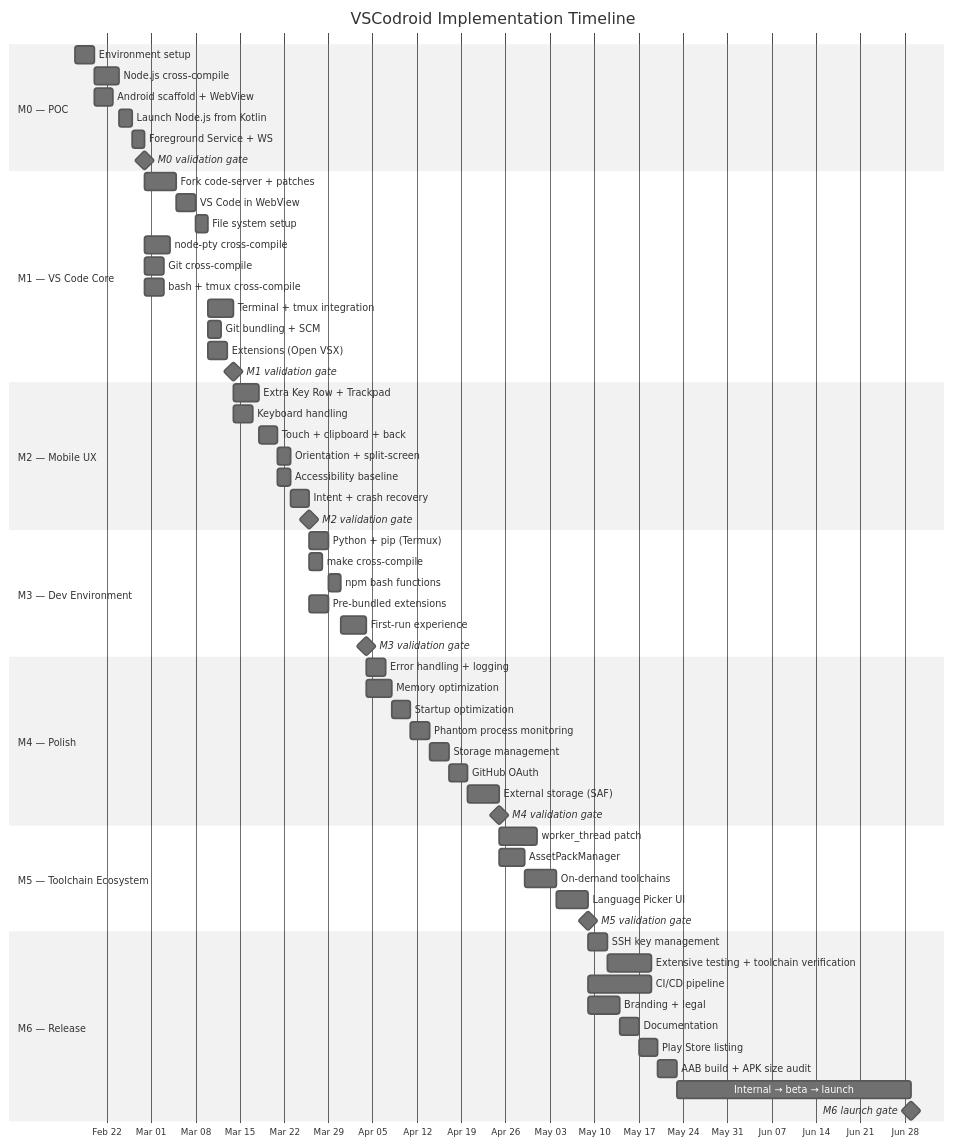
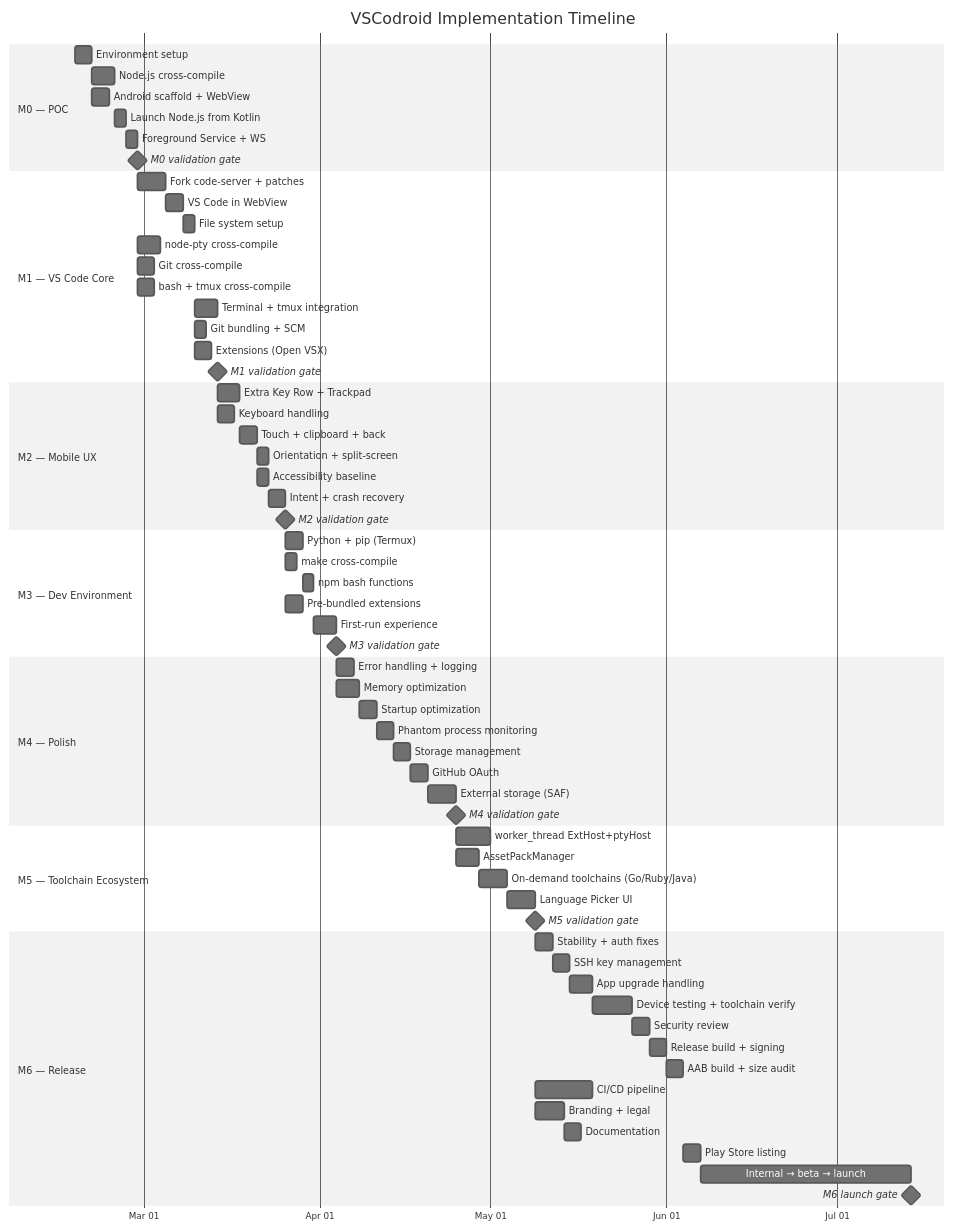
One commit to rmyndharis/VSCodroid changed the first of 9 diagrams in docs/12-IMPLEMENTATION_PLAN.md. Above: the diagram before and after it, drawn with Mermaid (neutral theme). The commit also changed other lines of this file, not shown here.

````diff
--- a/docs/12-IMPLEMENTATION_PLAN.md
+++ b/docs/12-IMPLEMENTATION_PLAN.md
@@ -25,71 +25,75 @@
 ```mermaid
 gantt
   title VSCodroid Implementation Timeline
   dateFormat YYYY-MM-DD
   axisFormat %b %d
 
   section M0 — POC
     Environment setup           :m0a, 2026-02-17, 3d
     Node.js cross-compile       :m0b, after m0a, 4d
     Android scaffold + WebView  :m0c, after m0a, 3d
     Launch Node.js from Kotlin  :m0d, after m0b m0c, 2d
     Foreground Service + WS     :m0e, after m0d, 2d
     M0 validation gate          :milestone, m0gate, after m0e, 0d
 
   section M1 — VS Code Core
     Fork code-server + patches  :m1a, after m0gate, 5d
     VS Code in WebView          :m1b, after m1a, 3d
     File system setup           :m1c2, after m1b, 2d
     node-pty cross-compile      :m1c, after m0gate, 4d
     Git cross-compile           :m1d, after m0gate, 3d
     bash + tmux cross-compile   :m1e, after m0gate, 3d
     Terminal + tmux integration :m1f, after m1c2 m1c m1e, 4d
     Git bundling + SCM          :m1g, after m1c2 m1d, 2d
     Extensions (Open VSX)       :m1h, after m1c2, 3d
     M1 validation gate          :milestone, m1gate, after m1f m1g m1h, 0d
 
   section M2 — Mobile UX
     Extra Key Row + Trackpad    :m2a, after m1gate, 4d
     Keyboard handling           :m2b, after m1gate, 3d
     Touch + clipboard + back    :m2c, after m2a m2b, 3d
     Orientation + split-screen  :m2d, after m2c, 2d
     Accessibility baseline      :m2e, after m2c, 2d
     Intent + crash recovery     :m2f, after m2d m2e, 3d
     M2 validation gate          :milestone, m2gate, after m2f, 0d
 
   section M3 — Dev Environment
     Python + pip (Termux)       :m3a, after m2gate, 3d
     make cross-compile          :m3b, after m2gate, 2d
     npm bash functions          :m3c, after m3a m3b, 2d
     Pre-bundled extensions      :m3d, after m2gate, 3d
     First-run experience        :m3e, after m3c m3d, 4d
     M3 validation gate          :milestone, m3gate, after m3e, 0d
 
   section M4 — Polish
     Error handling + logging    :m4a, after m3gate, 3d
     Memory optimization         :m4b, after m3gate, 4d
     Startup optimization        :m4c, after m4a m4b, 3d
     Phantom process monitoring  :m4d, after m4c, 3d
     Storage management          :m4e, after m4d, 3d
     GitHub OAuth                :m4f, after m4e, 3d
     External storage (SAF)      :m4g, after m4f, 5d
     M4 validation gate          :milestone, m4gate, after m4g, 0d
 
   section M5 — Toolchain Ecosystem
-    worker_thread patch         :m5a, after m4gate, 6d
+    worker_thread ExtHost+ptyHost :m5a, after m4gate, 6d
     AssetPackManager            :m5b, after m4gate, 4d
-    On-demand toolchains        :m5c, after m5b, 5d
+    On-demand toolchains (Go/Ruby/Java) :m5c, after m5b, 5d
     Language Picker UI          :m5d, after m5c, 5d
     M5 validation gate          :milestone, m5gate, after m5a m5d, 0d
 
   section M6 — Release
-    SSH key management          :m6a, after m5gate, 3d
-    Extensive testing + toolchain verification :m6b, after m6a, 7d
+    Stability + auth fixes      :m6a0, after m5gate, 3d
+    SSH key management          :m6a, after m6a0, 3d
+    App upgrade handling        :m6a2, after m6a, 4d
+    Device testing + toolchain verify :m6b, after m6a2, 7d
+    Security review             :m6b2, after m6b, 3d
+    Release build + signing     :m6b3, after m6b2, 3d
+    AAB build + size audit      :m6b4, after m6b3, 3d
     CI/CD pipeline              :m6c, after m5gate, 10d
     Branding + legal            :m6d, after m5gate, 5d
     Documentation               :m6e, after m6d, 3d
-    Play Store listing          :m6f, after m6d m6e, 3d
-    AAB build + APK size audit  :m6g, after m6b m6c m6f, 3d
-    Internal → beta → launch   :m6h, after m6g, 37d
+    Play Store listing          :m6f, after m6d m6e m6b4 m6c, 3d
+    Internal → beta → launch   :m6h, after m6f, 37d
     M6 launch gate              :milestone, m6gate, after m6h, 0d
 ```
````
